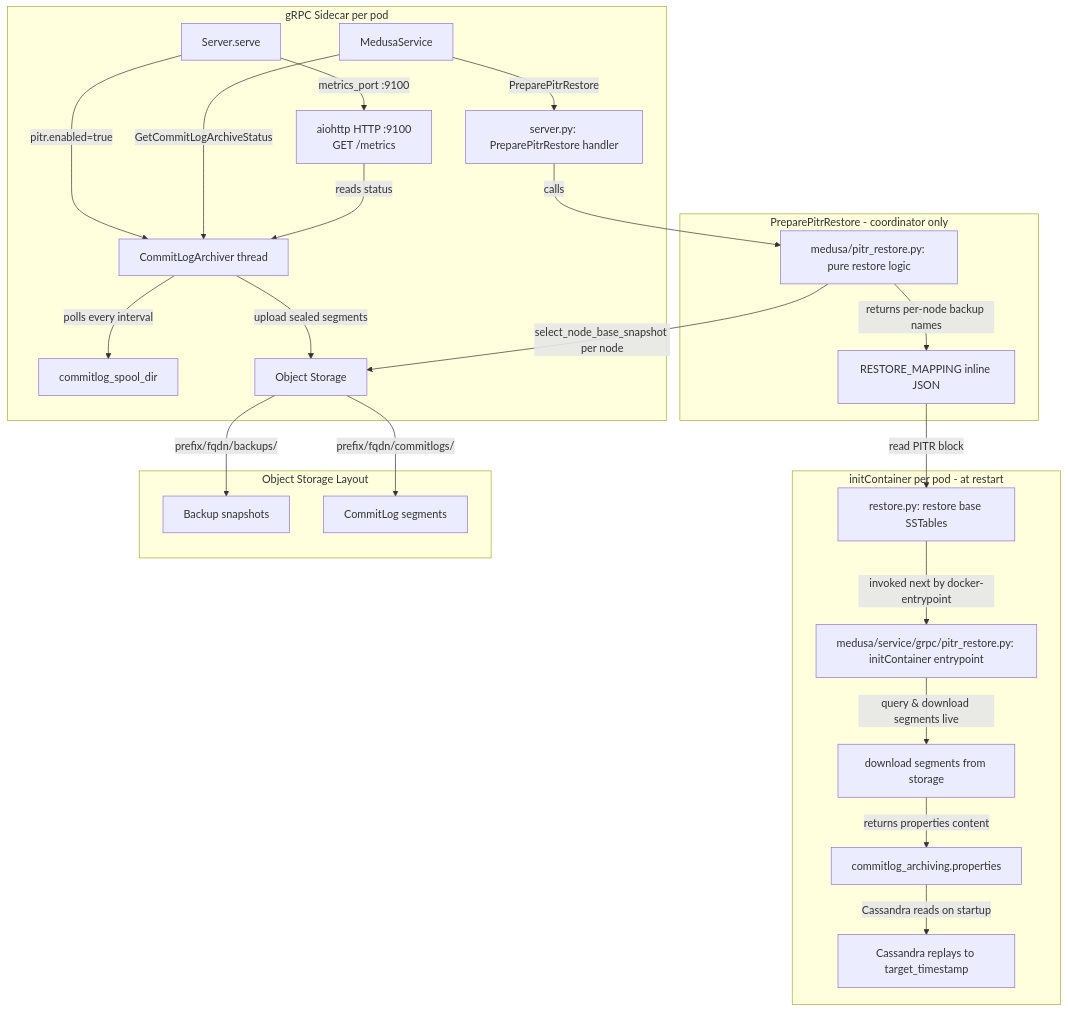
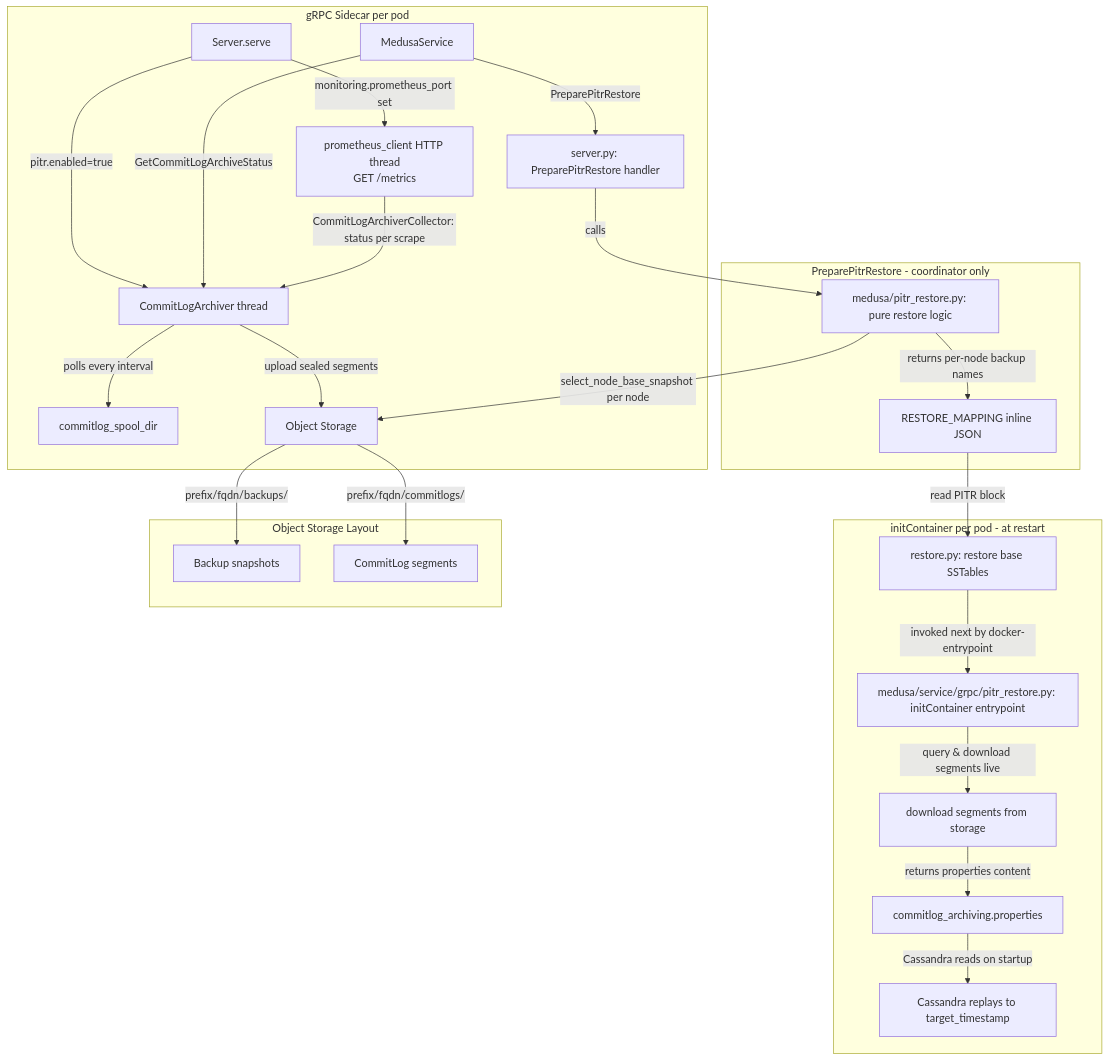
Before and after one commit to thelastpickle/cassandra-medusa: the first of 2 diagrams in docs/superpowers/specs/pitr-design-doc.md, drawn with Mermaid. The commit also changed other lines of this file and 11 other files, not shown here.

First line of the commit message:
PITR-16: Prometheus metrics for the commitlog archiver (#1036)

````diff
--- a/docs/superpowers/specs/pitr-design-doc.md
+++ b/docs/superpowers/specs/pitr-design-doc.md
@@ -100,31 +100,31 @@
 ```mermaid
 graph TD
     subgraph gRPC Sidecar per pod
         S[Server.serve] -->|pitr.enabled=true| A[CommitLogArchiver thread]
         A -->|polls every interval| CL[commitlog_spool_dir]
         A -->|upload sealed segments| OS[Object Storage]
         SVC[MedusaService] -->|GetCommitLogArchiveStatus| A
         SVC -->|PreparePitrRestore| RPC_HANDLER[server.py: PreparePitrRestore handler]
-        S -->|metrics_port :9100| METRICS[aiohttp HTTP :9100<br/>GET /metrics]
-        METRICS -->|reads status| A
+        S -->|monitoring.prometheus_port set| METRICS[prometheus_client HTTP thread<br/>GET /metrics]
+        METRICS -->|CommitLogArchiverCollector: status per scrape| A
     end
 
     subgraph PreparePitrRestore - coordinator only
         RPC_HANDLER -->|calls| PITR_MODULE[medusa/pitr_restore.py: pure restore logic]
         PITR_MODULE -->|select_node_base_snapshot per node| OS
         PITR_MODULE -->|returns per-node backup names| RM[RESTORE_MAPPING inline JSON]
     end
 
     subgraph initContainer per pod - at restart
         RM -->|read PITR block| RC[restore.py: restore base SSTables]
         RC -->|invoked next by docker-entrypoint| PR[medusa/service/grpc/pitr_restore.py: initContainer entrypoint]
         PR -->|query & download segments live| DL[download segments from storage]
         DL -->|returns properties content| PROPS[commitlog_archiving.properties]
         PROPS -->|Cassandra reads on startup| CS[Cassandra replays to target_timestamp]
     end
 
     subgraph Object Storage Layout
         OS --> |prefix/fqdn/backups/| BK[Backup snapshots]
         OS --> |prefix/fqdn/commitlogs/| CLS[CommitLog segments]
     end
 ```
````
